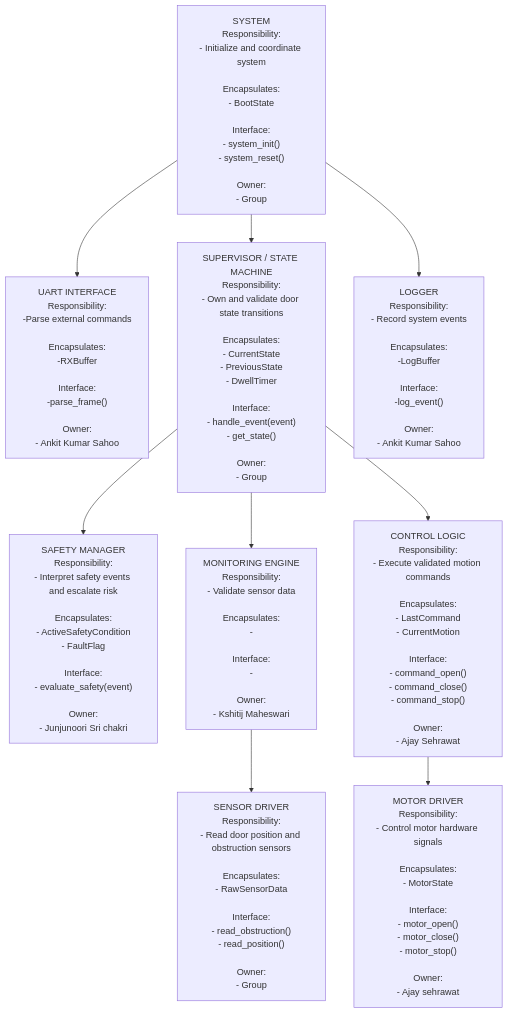
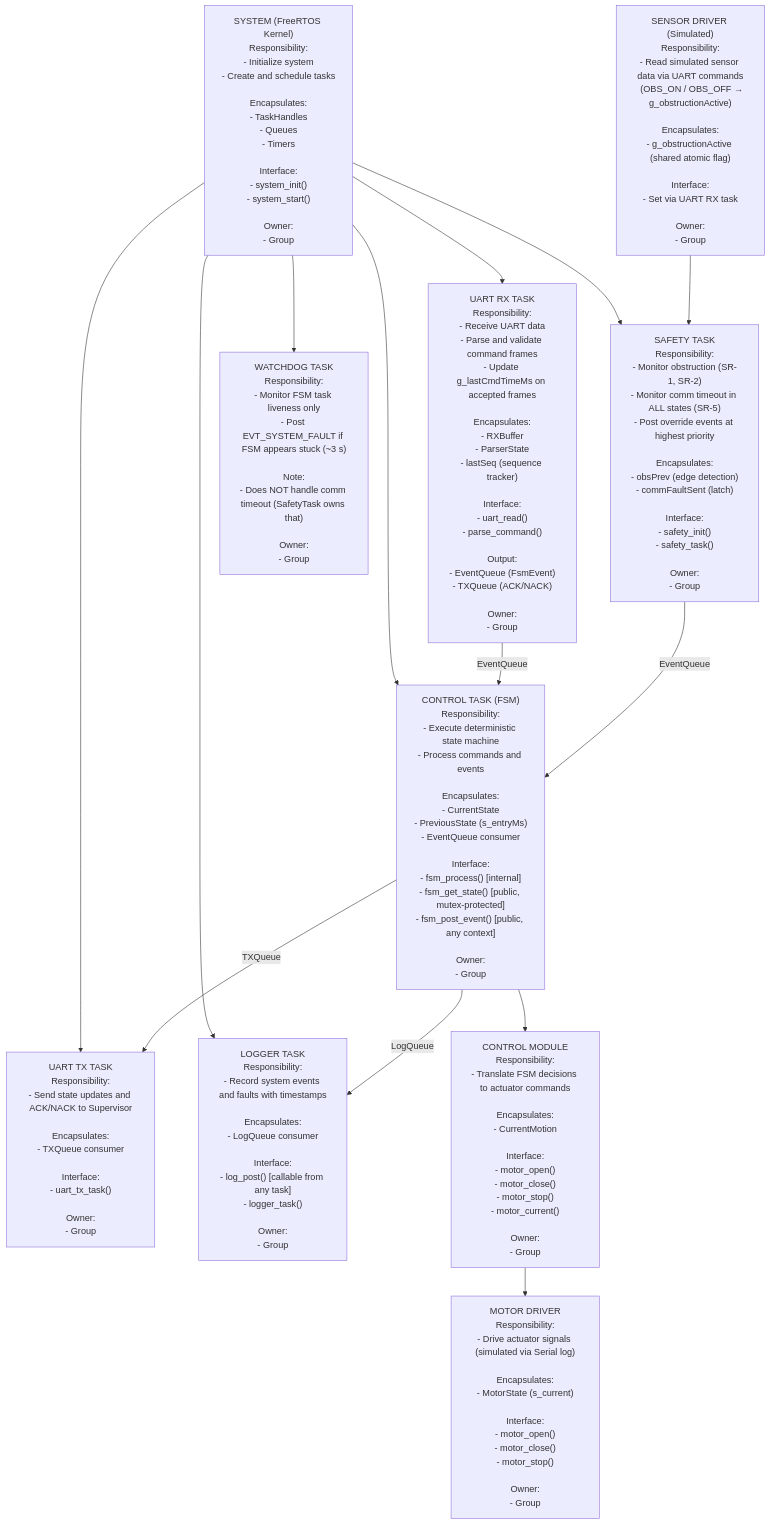
Before and after one commit to csg523/project-p7-elevator-door: the diagram in docs/sections/architecture.md, drawn with Mermaid. The commit also changed other lines of this file and 3 other files, not shown here.

````diff
--- a/docs/sections/architecture.md
+++ b/docs/sections/architecture.md
@@ -3,118 +7,153 @@
 ```mermaid
 flowchart TD
 
-System["SYSTEM
+System["SYSTEM (FreeRTOS Kernel)
 Responsibility:
-- Initialize and coordinate system
+- Initialize system
+- Create and schedule tasks
 
 Encapsulates:
-- BootState
+- TaskHandles
+- Queues
+- Timers
 
 Interface:
 - system_init()
-- system_reset()
+- system_start()
 
 Owner:
 - Group
 "]
 
-System --> UART["UART INTERFACE
+System --> UART_RX["UART RX TASK
 Responsibility:
--Parse external commands
+- Receive UART data
+- Parse and validate command frames
+- Update g_lastCmdTimeMs on accepted frames
 
 Encapsulates:
--RXBuffer
+- RXBuffer
+- ParserState
+- lastSeq (sequence tracker)
 
 Interface:
--parse_frame()
+- uart_read()
+- parse_command()
 
-Owner:
-- Ankit Kumar Sahoo
-"]
-
-System --> Supervisor["SUPERVISOR / STATE MACHINE
-Responsibility:
-- Own and validate door state transitions
-
-Encapsulates:
-- CurrentState
-- PreviousState
-- DwellTimer
-
-Interface:
-- handle_event(event)
-- get_state()
+Output:
+- EventQueue (FsmEvent)
+- TXQueue (ACK/NACK)
 
 Owner:
 - Group
 "]
 
-System --> Logger["LOGGER
+System --> ControlTask["CONTROL TASK (FSM)
 Responsibility:
-- Record system events
+- Execute deterministic state machine
+- Process commands and events
 
 Encapsulates:
--LogBuffer
+- CurrentState
+- PreviousState (s_entryMs)
+- EventQueue consumer
 
 Interface:
--log_event()
+- fsm_process() [internal]
+- fsm_get_state() [public, mutex-protected]
+- fsm_post_event() [public, any context]
 
 Owner:
-- Ankit Kumar Sahoo
+- Group
 "]
 
-Supervisor --> Safety["SAFETY MANAGER
+System --> SafetyTask["SAFETY TASK
 Responsibility:
-- Interpret safety events and escalate risk
+- Monitor obstruction (SR-1, SR-2)
+- Monitor comm timeout in ALL states (SR-5)
+- Post override events at highest priority
 
 Encapsulates:
-- ActiveSafetyCondition
-- FaultFlag
+- obsPrev (edge detection)
+- commFaultSent (latch)
 
 Interface:
-- evaluate_safety(event)
+- safety_init()
+- safety_task()
 
 Owner:
-- Junjunoori Sri chakri
+- Group
 "]
 
-Supervisor --> Monitoring["MONITORING ENGINE
+System --> UART_TX["UART TX TASK
 Responsibility:
-- Validate sensor data
+- Send state updates and ACK/NACK to Supervisor
 
 Encapsulates:
-- <SensorStatus>
+- TXQueue consumer
 
 Interface:
-- <detect_anomaly()>
+- uart_tx_task()
 
 Owner:
-- Kshitij Maheswari
+- Group
 "]
 
-Supervisor --> Control["CONTROL LOGIC
+System --> Logger["LOGGER TASK
 Responsibility:
-- Execute validated motion commands
+- Record system events and faults with timestamps
 
 Encapsulates:
-- LastCommand
+- LogQueue consumer
+
+Interface:
+- log_post() [callable from any task]
+- logger_task()
+
+Owner:
+- Group
+"]
+
+System --> Watchdog["WATCHDOG TASK
+Responsibility:
+- Monitor FSM task liveness only
+- Post EVT_SYSTEM_FAULT if FSM appears stuck (~3 s)
+
+Note:
+- Does NOT handle comm timeout (SafetyTask owns that)
+
+Owner:
+- Group
+"]
+
+UART_RX -->|EventQueue| ControlTask
+ControlTask -->|TXQueue| UART_TX
+ControlTask -->|LogQueue| Logger
+SafetyTask -->|EventQueue| ControlTask
+
+ControlTask --> Control["CONTROL MODULE
+Responsibility:
+- Translate FSM decisions to actuator commands
+
+Encapsulates:
 - CurrentMotion
 
 Interface:
-- command_open()
-- command_close()
-- command_stop()
+- motor_open()
+- motor_close()
+- motor_stop()
+- motor_current()
 
 Owner:
-- Ajay Sehrawat
+- Group
 "]
 
 Control --> MotorDriver["MOTOR DRIVER
 Responsibility:
-- Control motor hardware signals
+- Drive actuator signals (simulated via Serial log)
 
 Encapsulates:
-- MotorState
+- MotorState (s_current)
 
 Interface:
 - motor_open()
@@ -122,21 +161,23 @@
 - motor_stop()
 
 Owner:
-- Ajay sehrawat
+- Group
 "]
 
-Monitoring --> SensorDriver["SENSOR DRIVER
+SensorDriver["SENSOR DRIVER (Simulated)
 Responsibility:
-- Read door position and obstruction sensors
+- Read simulated sensor data via UART commands
+  (OBS_ON / OBS_OFF → g_obstructionActive)
 
 Encapsulates:
-- RawSensorData
+- g_obstructionActive (shared atomic flag)
 
 Interface:
-- read_obstruction()
-- read_position()
+- Set via UART RX task
 
 Owner:
 - Group
 "]
+
+SensorDriver --> SafetyTask
 ```
````
